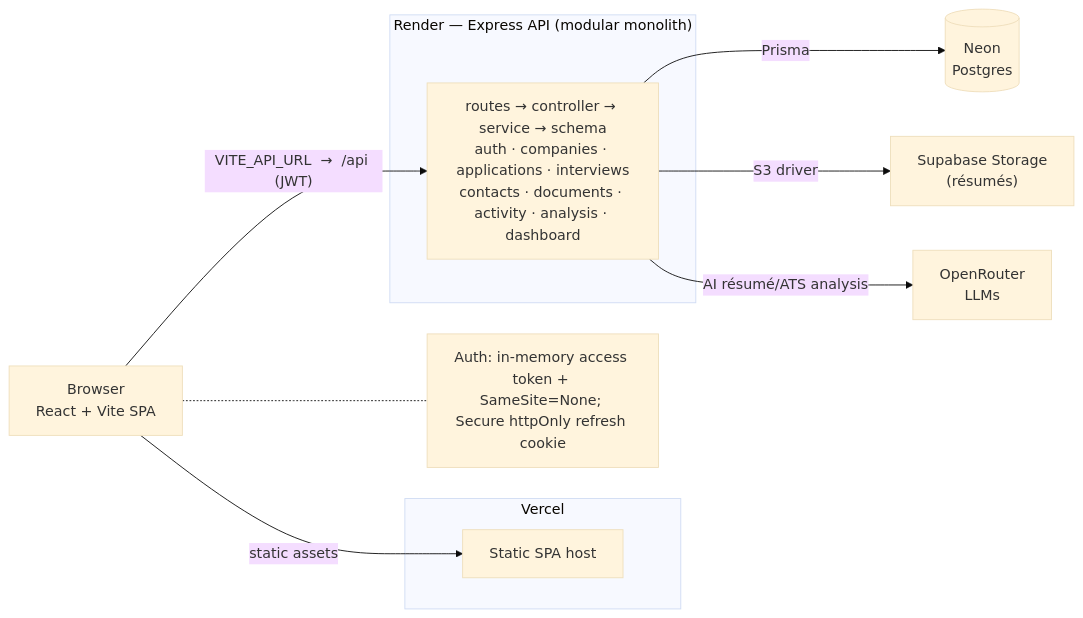
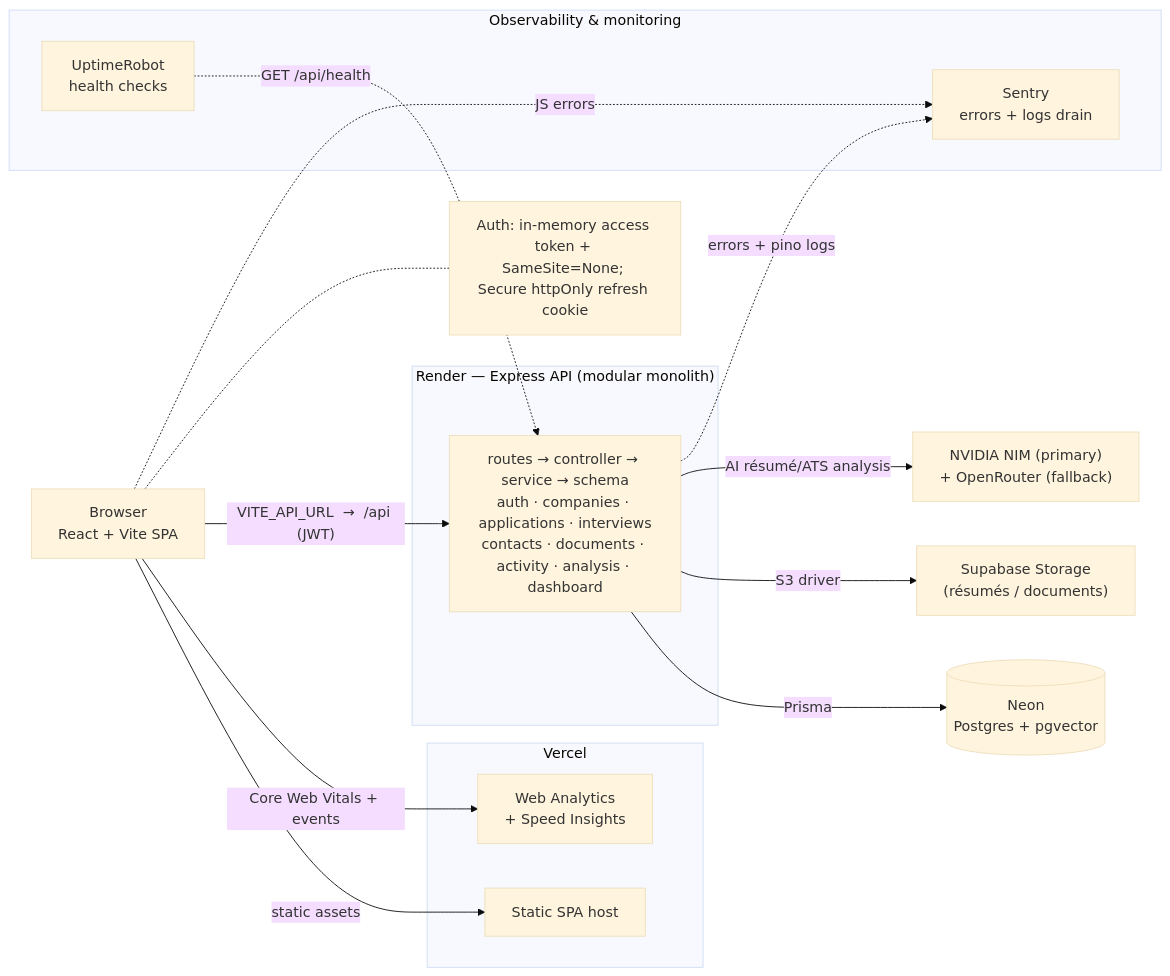
Before and after one commit to AngeloCP-01/SmartJobSearch-FE: the diagram in README.md, drawn with Mermaid (base theme). The commit also changed other lines of this file, not shown here.

First line of the commit message:
docs(readme): expand deployment/infra, correct AI provider to NVIDIA NIM

````diff
--- a/README.md
+++ b/README.md
@@ -54,25 +76,36 @@
 ```mermaid
 flowchart LR
     B["Browser<br/>React + Vite SPA"]
 
-    subgraph Vercel
+    subgraph Vercel["Vercel"]
         V["Static SPA host"]
+        VA["Web Analytics<br/>+ Speed Insights"]
     end
 
     subgraph Render["Render — Express API (modular monolith)"]
         API["routes → controller → service → schema<br/>auth · companies · applications · interviews<br/>contacts · documents · activity · analysis · dashboard"]
     end
 
-    DB[("Neon<br/>Postgres")]
-    S3["Supabase Storage<br/>(résumés)"]
-    AI["OpenRouter<br/>LLMs"]
+    DB[("Neon<br/>Postgres + pgvector")]
+    S3["Supabase Storage<br/>(résumés / documents)"]
+    AI["NVIDIA NIM (primary)<br/>+ OpenRouter (fallback)"]
+
+    subgraph Obs["Observability & monitoring"]
+        SENTRY["Sentry<br/>errors + logs drain"]
+        UPTIME["UptimeRobot<br/>health checks"]
+    end
 
     B -->|"static assets"| V
+    B -->|"Core Web Vitals + events"| VA
     B -->|"VITE_API_URL  →  /api (JWT)"| API
     API -->|"Prisma"| DB
     API -->|"S3 driver"| S3
     API -->|"AI résumé/ATS analysis"| AI
 
+    B -.->|"JS errors"| SENTRY
+    API -.->|"errors + pino logs"| SENTRY
+    UPTIME -.->|"GET /api/health"| API
+
     AUTHNOTE["Auth: in-memory access token + SameSite=None; Secure httpOnly refresh cookie"]
     B -.- AUTHNOTE
 ```
````
